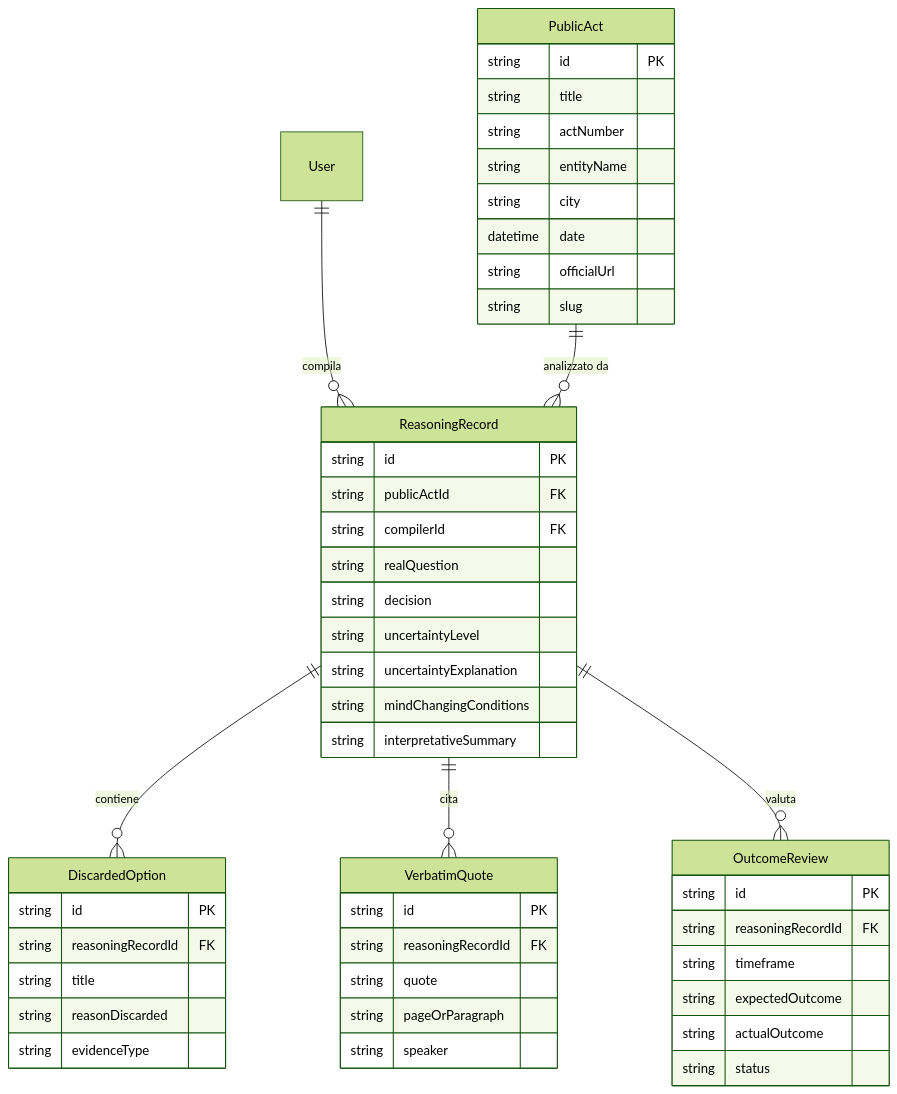
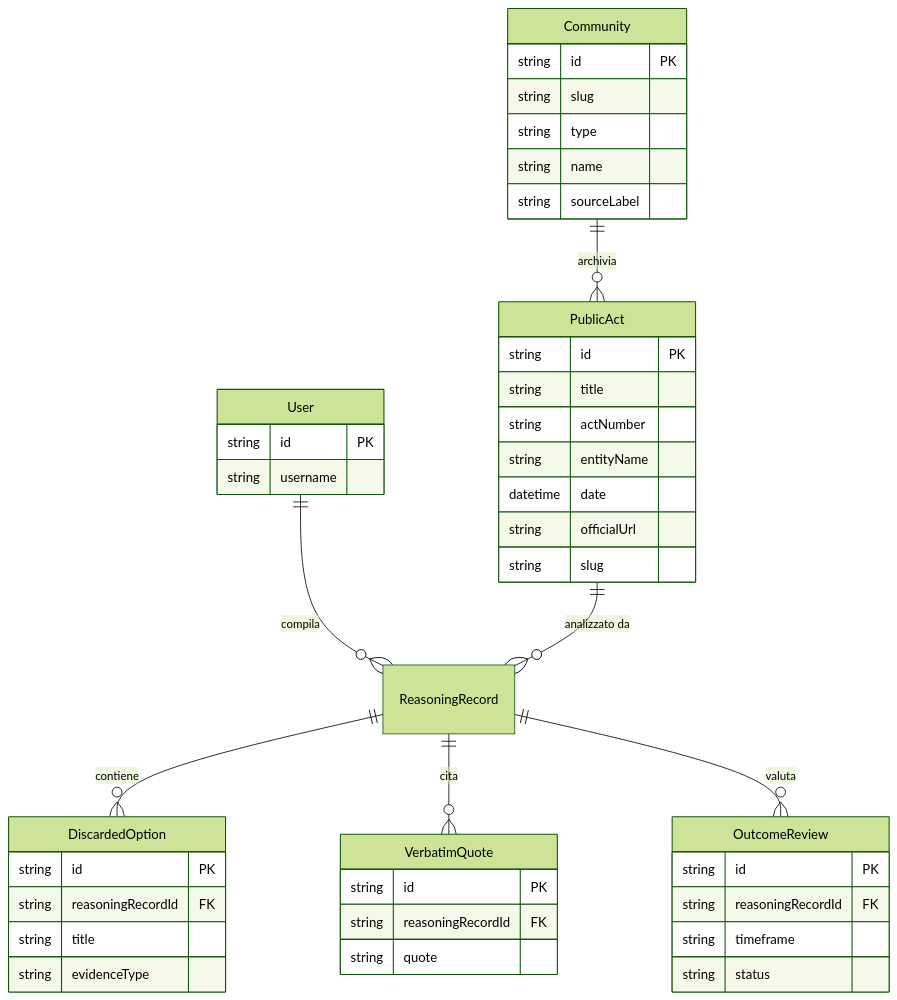
Before and after one commit to Relatronica/Public-Reasoning: the diagram in docs/ARCHITECTURE.md, drawn with Mermaid (forest theme). The commit also changed other lines of this file and 50 other files, not shown here.

````diff
--- a/docs/ARCHITECTURE.md
+++ b/docs/ARCHITECTURE.md
@@ -38,56 +42,52 @@
 ```mermaid
 erDiagram
+    Community ||--o{ PublicAct : "archivia"
     User ||--o{ ReasoningRecord : "compila"
     PublicAct ||--o{ ReasoningRecord : "analizzato da"
     ReasoningRecord ||--o{ DiscardedOption : "contiene"
     ReasoningRecord ||--o{ VerbatimQuote : "cita"
     ReasoningRecord ||--o{ OutcomeReview : "valuta"
 
+    User {
+        string id PK
+        string username
+    }
+
+    Community {
+        string id PK
+        string slug
+        string type
+        string name
+        string sourceLabel
+    }
+
     PublicAct {
         string id PK
         string title
         string actNumber
         string entityName
-        string city
         datetime date
         string officialUrl
         string slug
     }
 
-    ReasoningRecord {
+    OutcomeReview {
         string id PK
-        string publicActId FK
-        string compilerId FK
-        string realQuestion
-        string decision
-        string uncertaintyLevel
-        string uncertaintyExplanation
-        string mindChangingConditions
-        string interpretativeSummary
+        string reasoningRecordId FK
+        string timeframe
+        string status
     }
 
     DiscardedOption {
         string id PK
         string reasoningRecordId FK
         string title
-        string reasonDiscarded
         string evidenceType
     }
 
     VerbatimQuote {
         string id PK
         string reasoningRecordId FK
         string quote
-        string pageOrParagraph
-        string speaker
-    }
-
-    OutcomeReview {
-        string id PK
-        string reasoningRecordId FK
-        string timeframe
-        string expectedOutcome
-        string actualOutcome
-        string status
     }
 ```
````
